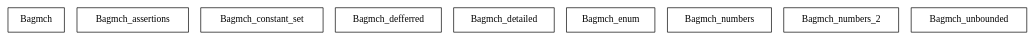
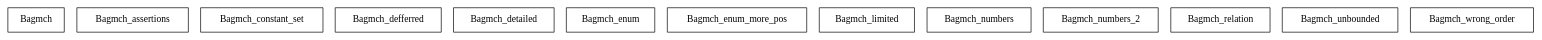
Before and after one commit to agata-borkowska-clark/dissertation: the diagram in Test_scenarios/bdp/Test_scenarios.dot, drawn with Graphviz. The commit also changed 159 other files, not shown here.

```diff
--- a/Test_scenarios/bdp/Test_scenarios.dot
+++ b/Test_scenarios/bdp/Test_scenarios.dot
@@ -1,12 +1,16 @@
 digraph {
 Bagmch [ label=" Bagmch " shape= box ]
 Bagmch_assertions [ label=" Bagmch_assertions " shape= box ]
 Bagmch_constant_set [ label=" Bagmch_constant_set " shape= box ]
 Bagmch_defferred [ label=" Bagmch_defferred " shape= box ]
 Bagmch_detailed [ label=" Bagmch_detailed " shape= box ]
 Bagmch_enum [ label=" Bagmch_enum " shape= box ]
+Bagmch_enum_more_pos [ label=" Bagmch_enum_more_pos " shape= box ]
+Bagmch_limited [ label=" Bagmch_limited " shape= box ]
 Bagmch_numbers [ label=" Bagmch_numbers " shape= box ]
 Bagmch_numbers_2 [ label=" Bagmch_numbers_2 " shape= box ]
+Bagmch_relation [ label=" Bagmch_relation " shape= box ]
 Bagmch_unbounded [ label=" Bagmch_unbounded " shape= box ]
+Bagmch_wrong_order [ label=" Bagmch_wrong_order " shape= box ]
 
 }
```
